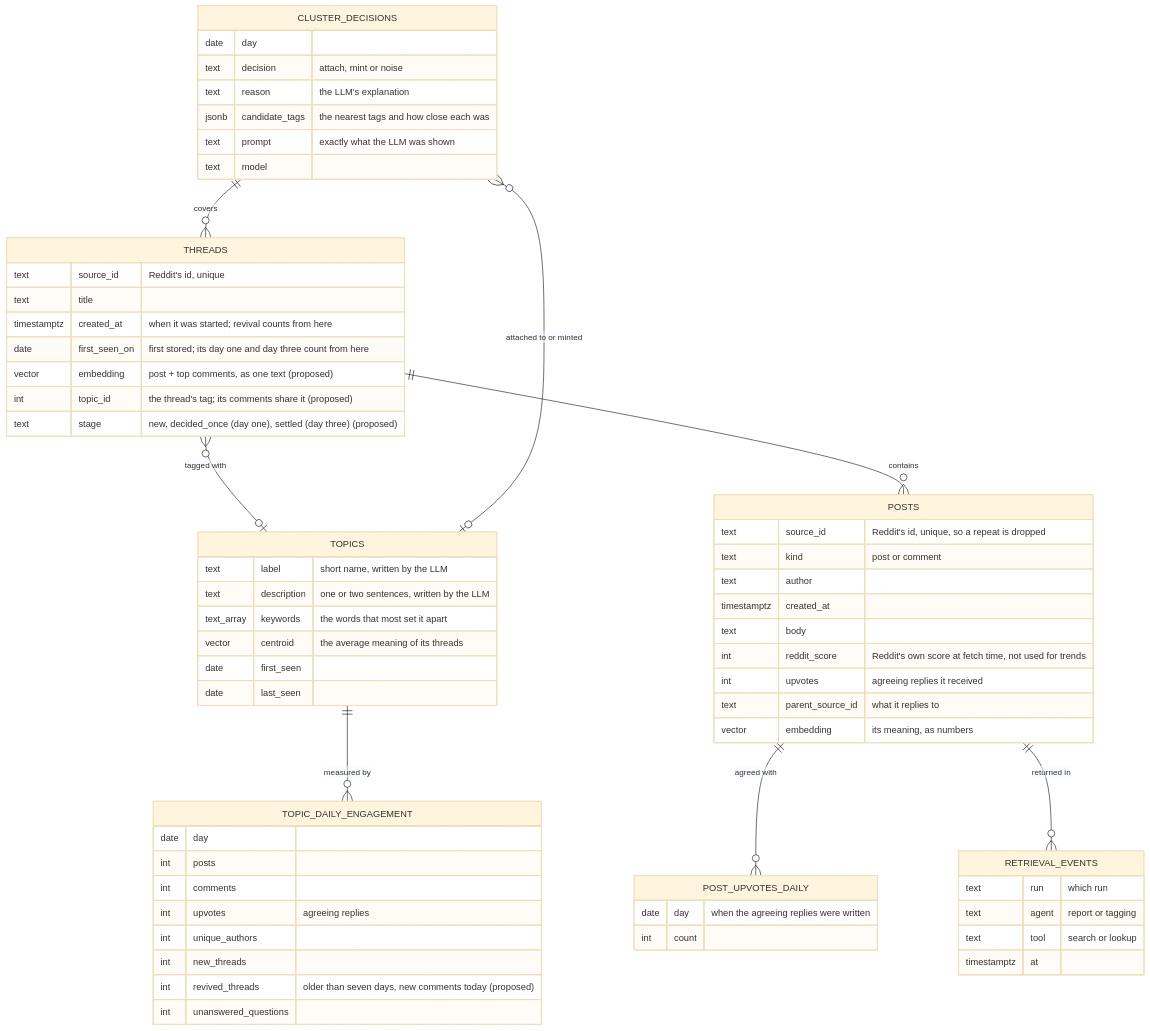
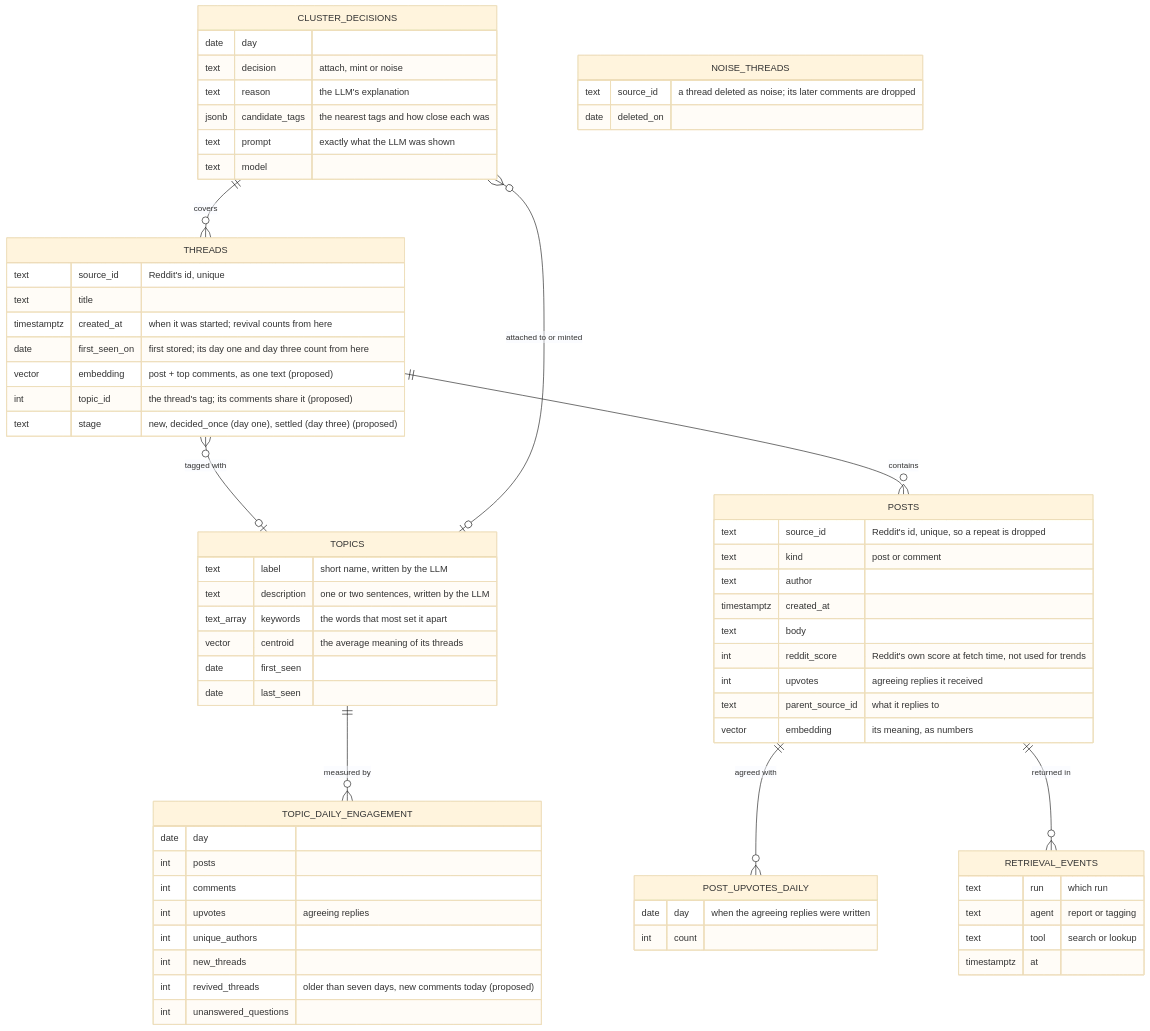
One commit to brianaderer/transcendent changed the first of 2 diagrams in docs/atlas/20-data-model/21-topics.md. Above: the diagram before and after it, drawn with Mermaid (base theme). The commit also changed other lines of this file and 2 other files, not shown here.

Commit message:
Atlas: OPEN-31 resolved: a thread deleted as noise leaves a marker so its later comments are dropped

````diff
--- a/docs/atlas/20-data-model/21-topics.md
+++ b/docs/atlas/20-data-model/21-topics.md
@@ -40,67 +46,71 @@
 ```mermaid
 erDiagram
     THREADS ||--o{ POSTS : contains
     THREADS }o--o| TOPICS : "tagged with"
     POSTS ||--o{ POST_UPVOTES_DAILY : "agreed with"
     TOPICS ||--o{ TOPIC_DAILY_ENGAGEMENT : "measured by"
     CLUSTER_DECISIONS }o--o| TOPICS : "attached to or minted"
     CLUSTER_DECISIONS ||--o{ THREADS : "covers"
     POSTS ||--o{ RETRIEVAL_EVENTS : "returned in"
 
     THREADS {
         text source_id "Reddit's id, unique"
         text title
         timestamptz created_at "when it was started; revival counts from here"
         date first_seen_on "first stored; its day one and day three count from here"
         vector embedding "post + top comments, as one text (proposed)"
         int topic_id "the thread's tag; its comments share it (proposed)"
         text stage "new, decided_once (day one), settled (day three) (proposed)"
     }
     POSTS {
         text source_id "Reddit's id, unique, so a repeat is dropped"
         text kind "post or comment"
         text author
         timestamptz created_at
         text body
         int reddit_score "Reddit's own score at fetch time, not used for trends"
         int upvotes "agreeing replies it received"
         text parent_source_id "what it replies to"
         vector embedding "its meaning, as numbers"
     }
     POST_UPVOTES_DAILY {
         date day "when the agreeing replies were written"
         int count
     }
     TOPICS {
         text label "short name, written by the LLM"
         text description "one or two sentences, written by the LLM"
         text_array keywords "the words that most set it apart"
         vector centroid "the average meaning of its threads"
         date first_seen
         date last_seen
     }
     TOPIC_DAILY_ENGAGEMENT {
         date day
         int posts
         int comments
         int upvotes "agreeing replies"
         int unique_authors
         int new_threads
         int revived_threads "older than seven days, new comments today (proposed)"
         int unanswered_questions
     }
     CLUSTER_DECISIONS {
         date day
         text decision "attach, mint or noise"
         text reason "the LLM's explanation"
         jsonb candidate_tags "the nearest tags and how close each was"
         text prompt "exactly what the LLM was shown"
         text model
     }
+    NOISE_THREADS {
+        text source_id "a thread deleted as noise; its later comments are dropped"
+        date deleted_on
+    }
     RETRIEVAL_EVENTS {
         text run "which run"
         text agent "report or tagging"
         text tool "search or lookup"
         timestamptz at
     }
 ```
````
